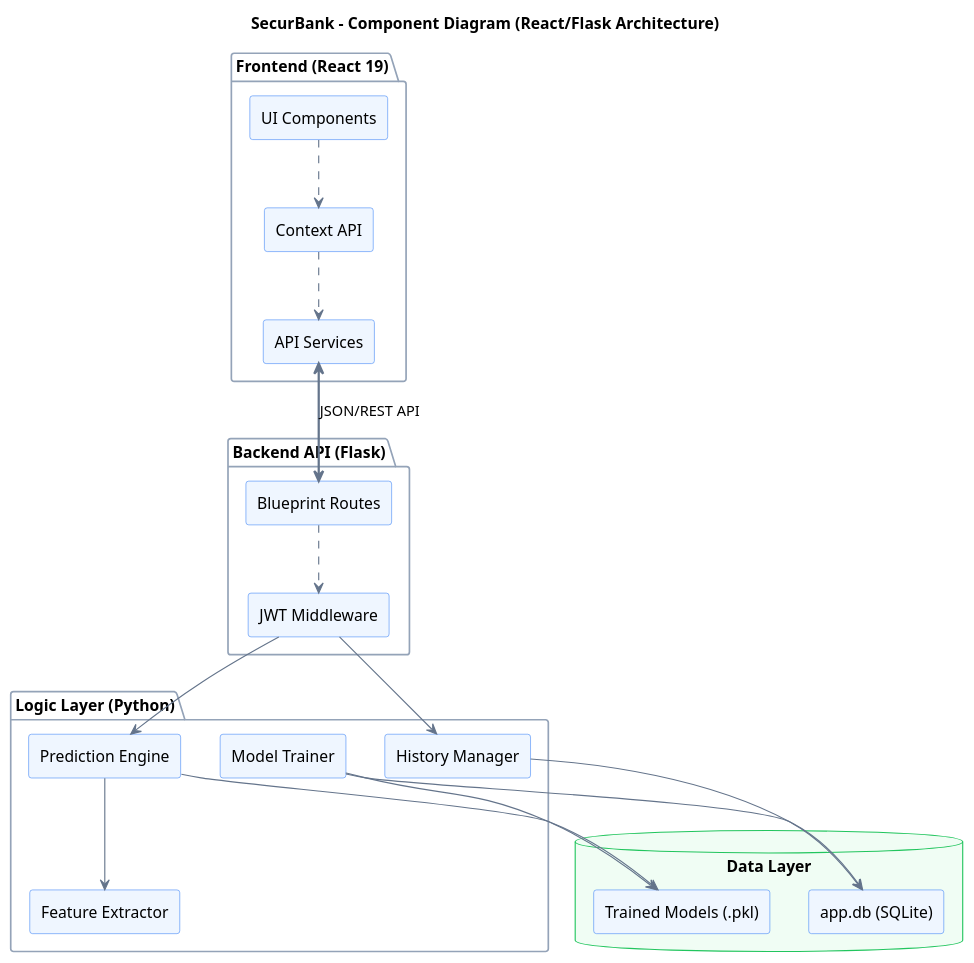
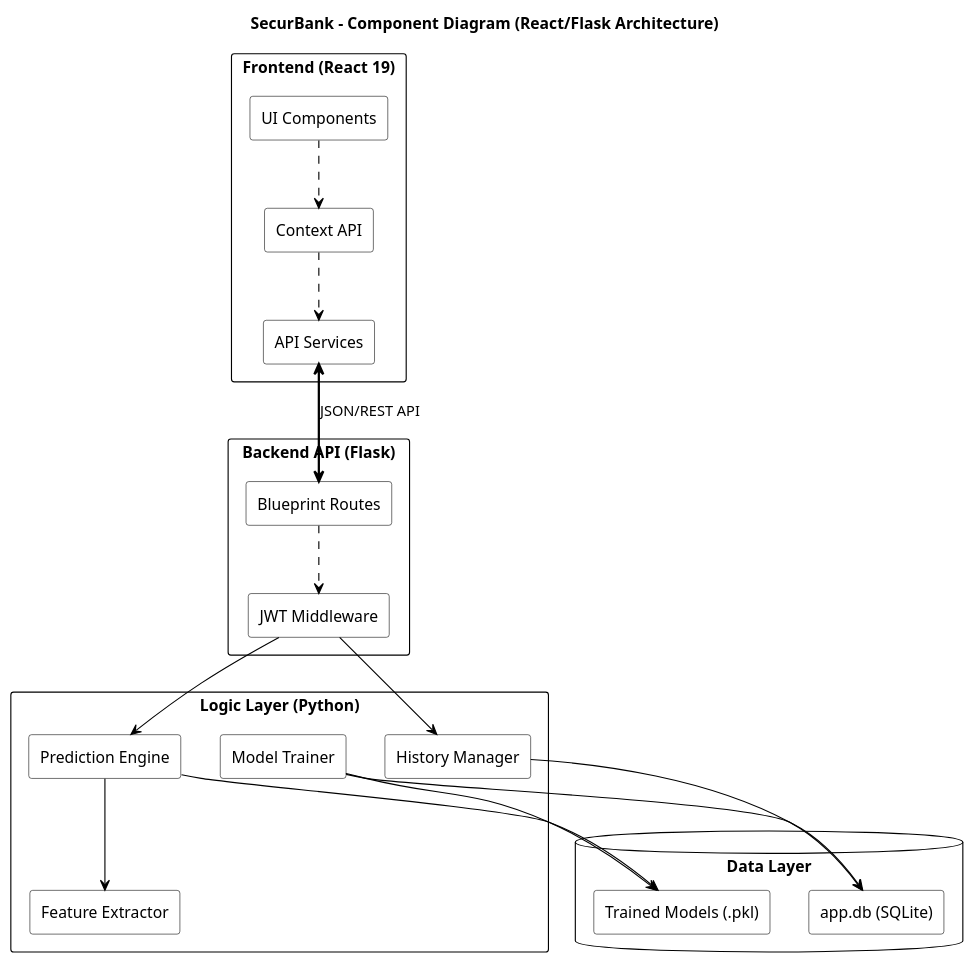
The diagram in diagrams/component_diagram.puml (Rehana401/Final-year-project), drawn with PlantUML before and after one commit. The commit also changed 1 other file, not shown here.

Commit message:
Update component diagrams to black and white for documentation

```diff
--- a/diagrams/component_diagram.puml
+++ b/diagrams/component_diagram.puml
@@ -1,60 +1,61 @@
 @startuml
+skinparam monochrome true
+skinparam shadowing false
+skinparam packageStyle rectangle
 skinparam componentStyle rectangle
-skinparam handwritten false
-skinparam shadowing false
 
 skinparam component {
-    BackgroundColor #EFF6FF
-    BorderColor #3B82F6
-    ArrowColor #64748B
+    BackgroundColor white
+    BorderColor black
+    ArrowColor black
 }
 
 skinparam package {
     BackgroundColor white
-    BorderColor #94A3B8
+    BorderColor black
 }
 
 skinparam database {
-    BackgroundColor #F0FDF4
-    BorderColor #22C55E
+    BackgroundColor white
+    BorderColor black
 }
 
 title SecurBank - Component Diagram (React/Flask Architecture)
 
 package "Frontend (React 19)" {
     [UI Components] as UI
     [Context API] as Context
     [API Services] as Services
     UI ..> Context
     Context ..> Services
 }
 
 package "Backend API (Flask)" {
     [Blueprint Routes] as Routes
     [JWT Middleware] as JWT
     Routes ..> JWT
 }
 
 package "Logic Layer (Python)" {
     [Prediction Engine] as PE
     [Feature Extractor] as FE
     [History Manager] as HM
     [Model Trainer] as Trainer
 }
 
 database "Data Layer" {
     [app.db (SQLite)] as DB
     [Trained Models (.pkl)] as Models
 }
 
 ' Interactions
 Services <==> Routes : "JSON/REST API"
 JWT --> PE
 JWT --> HM
 PE --> FE
 HM --> DB
 PE --> Models
 Trainer --> Models
 Trainer --> DB
 
 @enduml
```
